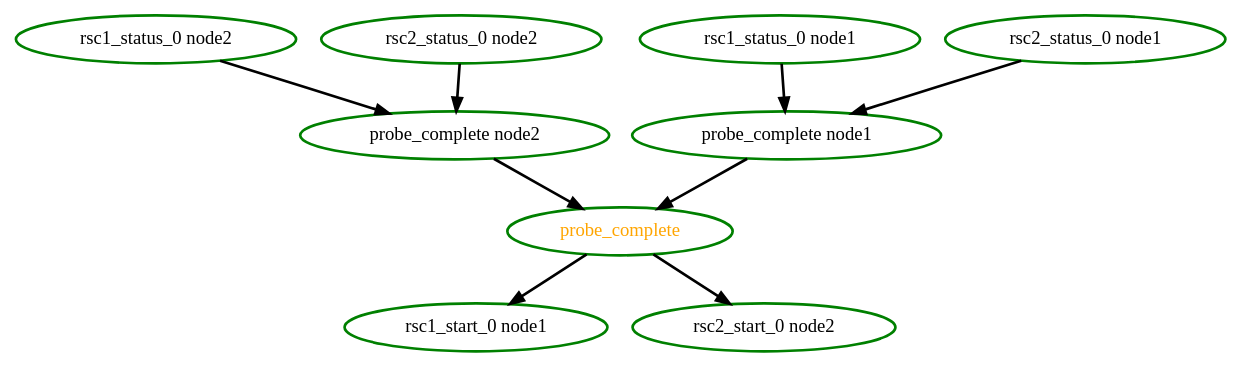
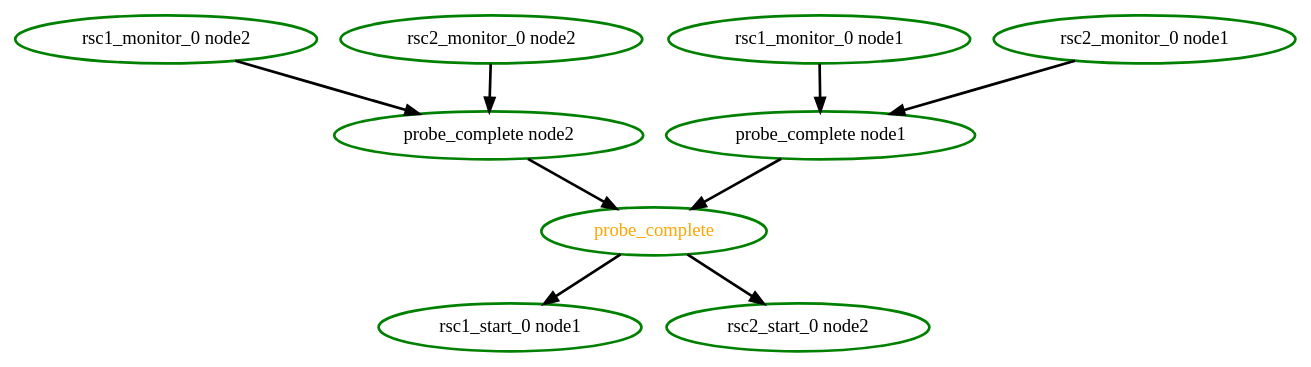
Before and after one commit to richiewen8/heartbeat: the diagram in crm/pengine/testcases/comments.dot, drawn with Graphviz. The commit also changed 147 other files, not shown here.

First line of the commit message:
s/status_0/monitor_0/

```diff
--- a/crm/pengine/testcases/comments.dot
+++ b/crm/pengine/testcases/comments.dot
@@ -1,20 +1,20 @@
 digraph "g" {
 	size = "30,30"
 "probe_complete" [ style=bold color="green" fontcolor="orange" ]
 "probe_complete node2" [ style=bold color="green" fontcolor="black" ]
-"rsc1_status_0 node2" [ style=bold color="green" fontcolor="black" ]
-"rsc2_status_0 node2" [ style=bold color="green" fontcolor="black" ]
+"rsc1_monitor_0 node2" [ style=bold color="green" fontcolor="black" ]
+"rsc2_monitor_0 node2" [ style=bold color="green" fontcolor="black" ]
 "probe_complete node1" [ style=bold color="green" fontcolor="black" ]
-"rsc1_status_0 node1" [ style=bold color="green" fontcolor="black" ]
-"rsc2_status_0 node1" [ style=bold color="green" fontcolor="black" ]
+"rsc1_monitor_0 node1" [ style=bold color="green" fontcolor="black" ]
+"rsc2_monitor_0 node1" [ style=bold color="green" fontcolor="black" ]
 "rsc1_start_0 node1" [ style=bold color="green" fontcolor="black" ]
 "rsc2_start_0 node2" [ style=bold color="green" fontcolor="black" ]
 "probe_complete node2" -> "probe_complete" [ style = bold]
 "probe_complete node1" -> "probe_complete" [ style = bold]
-"rsc1_status_0 node2" -> "probe_complete node2" [ style = bold]
-"rsc2_status_0 node2" -> "probe_complete node2" [ style = bold]
-"rsc1_status_0 node1" -> "probe_complete node1" [ style = bold]
-"rsc2_status_0 node1" -> "probe_complete node1" [ style = bold]
+"rsc1_monitor_0 node2" -> "probe_complete node2" [ style = bold]
+"rsc2_monitor_0 node2" -> "probe_complete node2" [ style = bold]
+"rsc1_monitor_0 node1" -> "probe_complete node1" [ style = bold]
+"rsc2_monitor_0 node1" -> "probe_complete node1" [ style = bold]
 "probe_complete" -> "rsc1_start_0 node1" [ style = bold]
 "probe_complete" -> "rsc2_start_0 node2" [ style = bold]
 }
```
